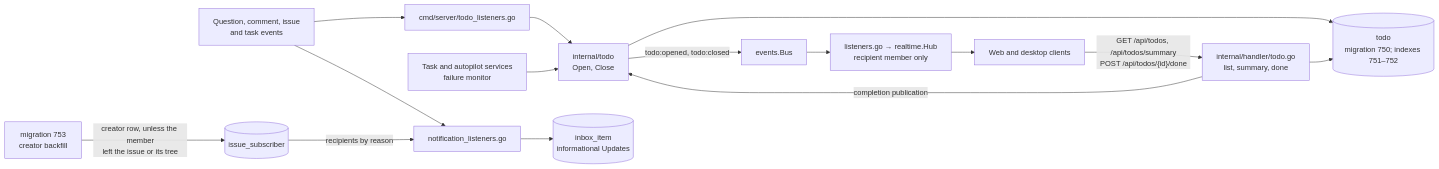
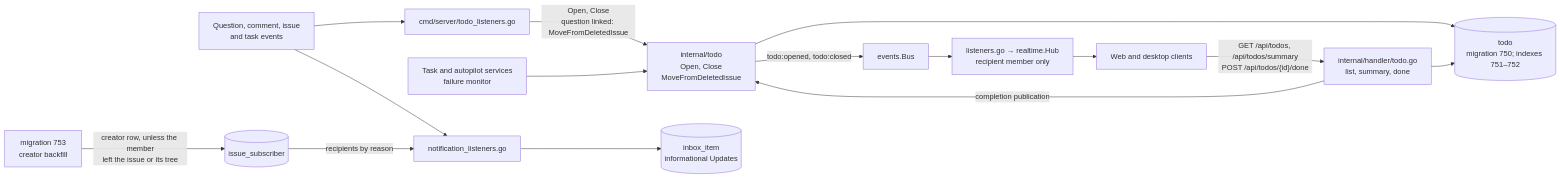
One commit to appboypov/multica changed the ninth of 9 diagrams in specs/docs/system-design.md. Above: the diagram before and after it, drawn with Mermaid.

Commit message:
docs(todo): map linked question moves (WORK-1302)

````diff
--- a/specs/docs/system-design.md
+++ b/specs/docs/system-design.md
@@ -942,28 +942,29 @@
 ```mermaid
 flowchart LR
   events["Question, comment, issue<br/>and task events"]
   listeners["cmd/server/todo_listeners.go"]
   producers["Task and autopilot services<br/>failure monitor"]
-  service["internal/todo<br/>Open, Close"]
+  service["internal/todo<br/>Open, Close<br/>MoveFromDeletedIssue"]
   rows[("todo<br/>migration 750; indexes 751–752")]
   api["internal/handler/todo.go<br/>list, summary, done"]
   bus["events.Bus"]
   realtime["listeners.go → realtime.Hub<br/>recipient member only"]
   clients["Web and desktop clients"]
   updates[("inbox_item<br/>informational Updates")]
   notices["notification_listeners.go"]
   backfill["migration 753<br/>creator backfill"]
   subscribers[("issue_subscriber")]
 
-  events --> listeners --> service
+  events --> listeners
+  listeners -->|"Open, Close<br/>question linked: MoveFromDeletedIssue"| service
   producers --> service
   service --> rows
   service -->|"todo:opened, todo:closed"| bus
   bus --> realtime --> clients
   clients -->|"GET /api/todos, /api/todos/summary<br/>POST /api/todos/{id}/done"| api
   api --> rows
   api -->|"completion publication"| service
   events --> notices --> updates
   backfill -->|"creator row, unless the member<br/>left the issue or its tree"| subscribers
   subscribers -->|"recipients by reason"| notices
 ```
````
